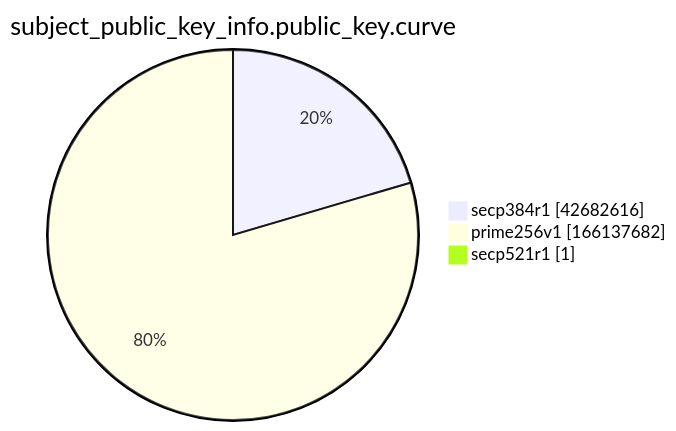
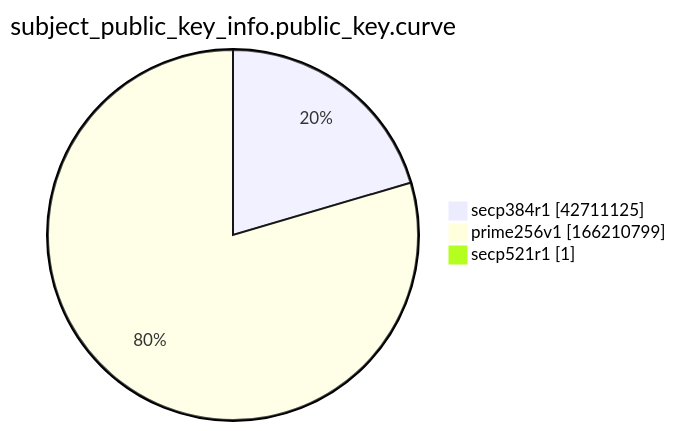
Before and after one commit to christiankrug/ctmonitor_visualization: the ninth of 15 diagrams in xenon2022/README.md, drawn with Mermaid. The commit also changed other lines of this file, not shown here.

````diff
--- a/xenon2022/README.md
+++ b/xenon2022/README.md
@@ -2869,7 +2869,7 @@
 ```mermaid
 pie showData
 title subject_public_key_info.public_key.curve
-"secp384r1" :42682616
-"prime256v1" :166137682
+"secp384r1" :42711125
+"prime256v1" :166210799
 "secp521r1" :1
 ```
````
